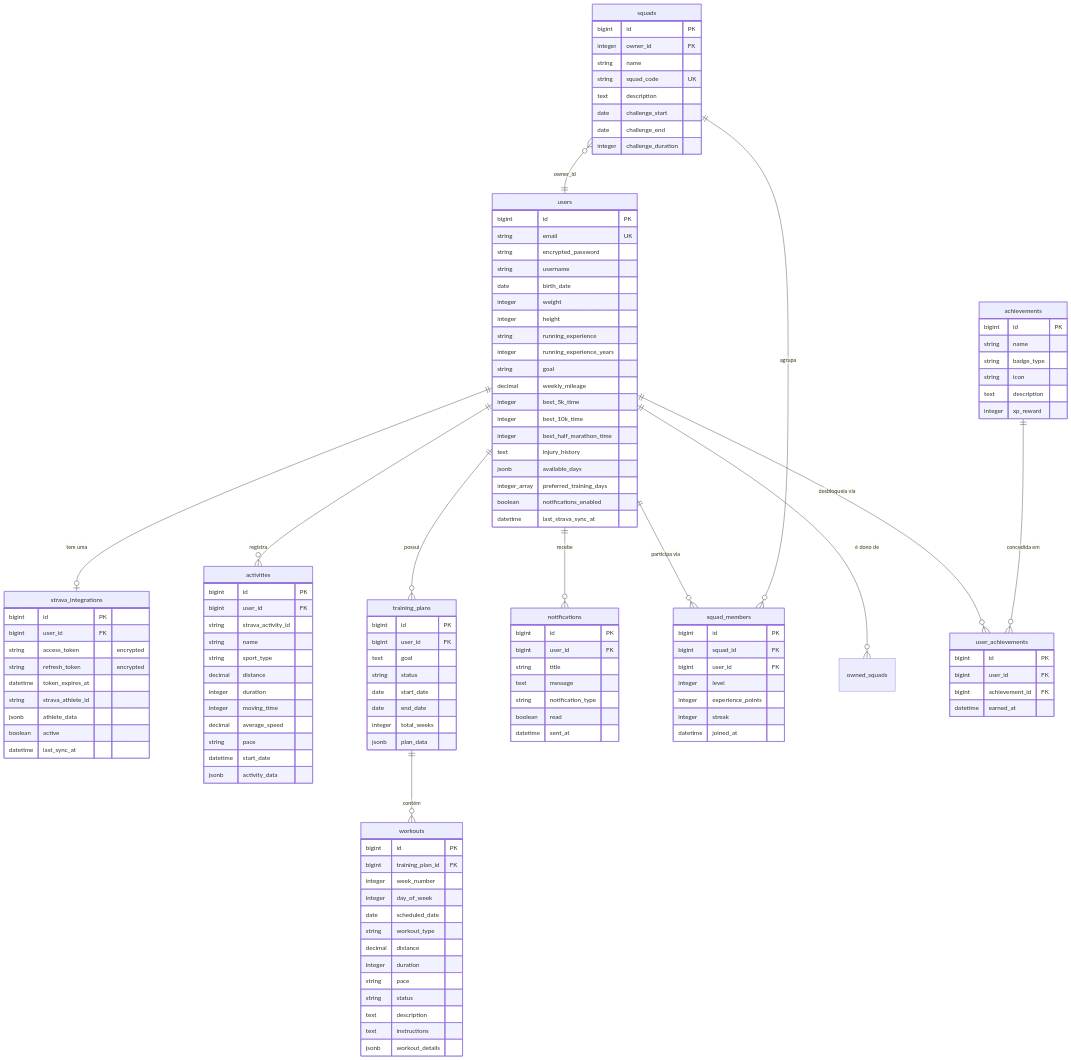
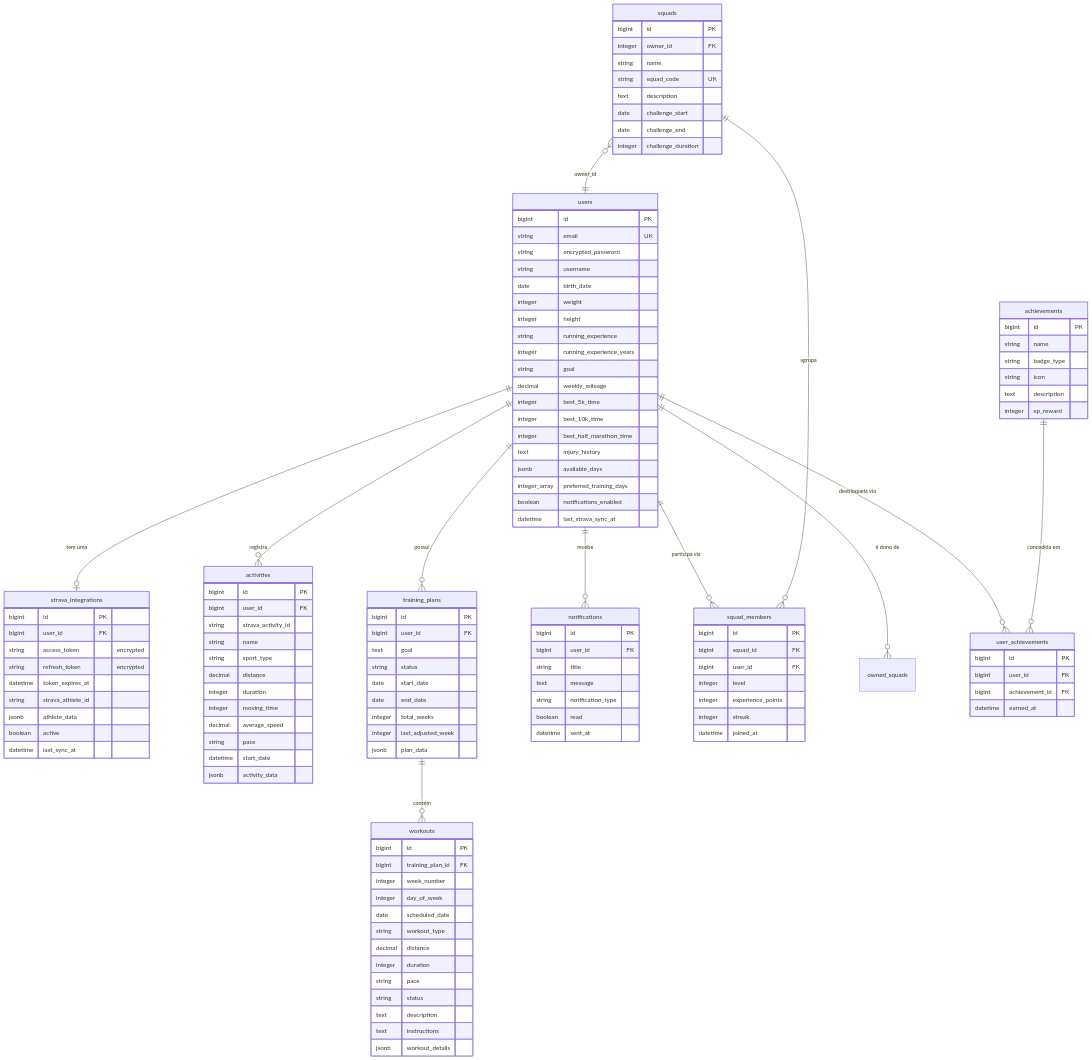
The diagram in docs/modelagem-banco-de-dados.md (TiagosailE/Runify), drawn with Mermaid before and after one commit. The commit also changed other lines of this file and 3 other files, not shown here.

Commit message:
Documentar last_adjusted_week e cobrir o teto de duracao do envelope

```diff
--- a/docs/modelagem-banco-de-dados.md
+++ b/docs/modelagem-banco-de-dados.md
@@ -111,6 +111,7 @@
         date start_date
         date end_date
         integer total_weeks
+        integer last_adjusted_week
         jsonb plan_data
     }
 
```
